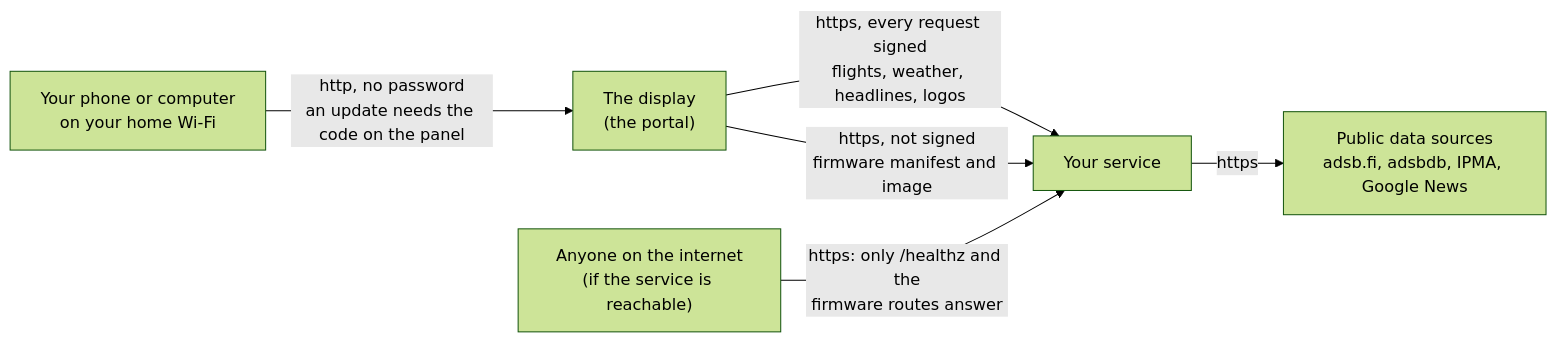
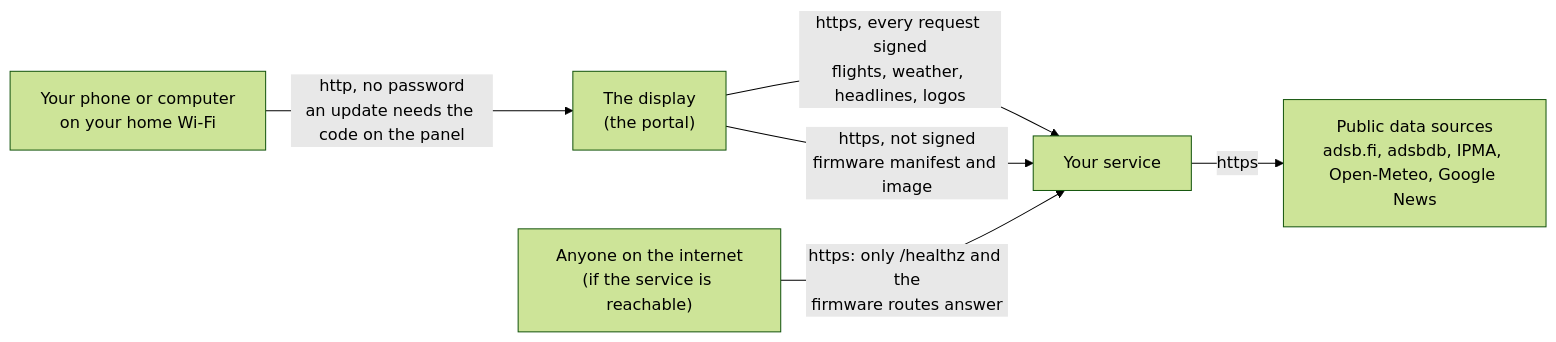
Before and after one commit to suvl/ledmatrix: the diagram in docs/security.md, drawn with Mermaid (forest theme). The commit also changed other lines of this file and 7 other files, not shown here.

````diff
--- a/docs/security.md
+++ b/docs/security.md
@@ -36,8 +36,8 @@
 ```mermaid
 flowchart LR
   P["Your phone or computer<br/>on your home Wi-Fi"] -->|"http, no password<br/>an update needs the code on the panel"| D["The display<br/>(the portal)"]
   D -->|"https, every request signed<br/>flights, weather, headlines, logos"| S["Your service"]
   D -->|"https, not signed<br/>firmware manifest and image"| S
-  S -->|"https"| U["Public data sources<br/>adsb.fi, adsbdb, IPMA, Google News"]
+  S -->|"https"| U["Public data sources<br/>adsb.fi, adsbdb, IPMA, Open-Meteo, Google News"]
   O["Anyone on the internet<br/>(if the service is reachable)"] -->|"https: only /healthz and the<br/>firmware routes answer"| S
 ```
````
